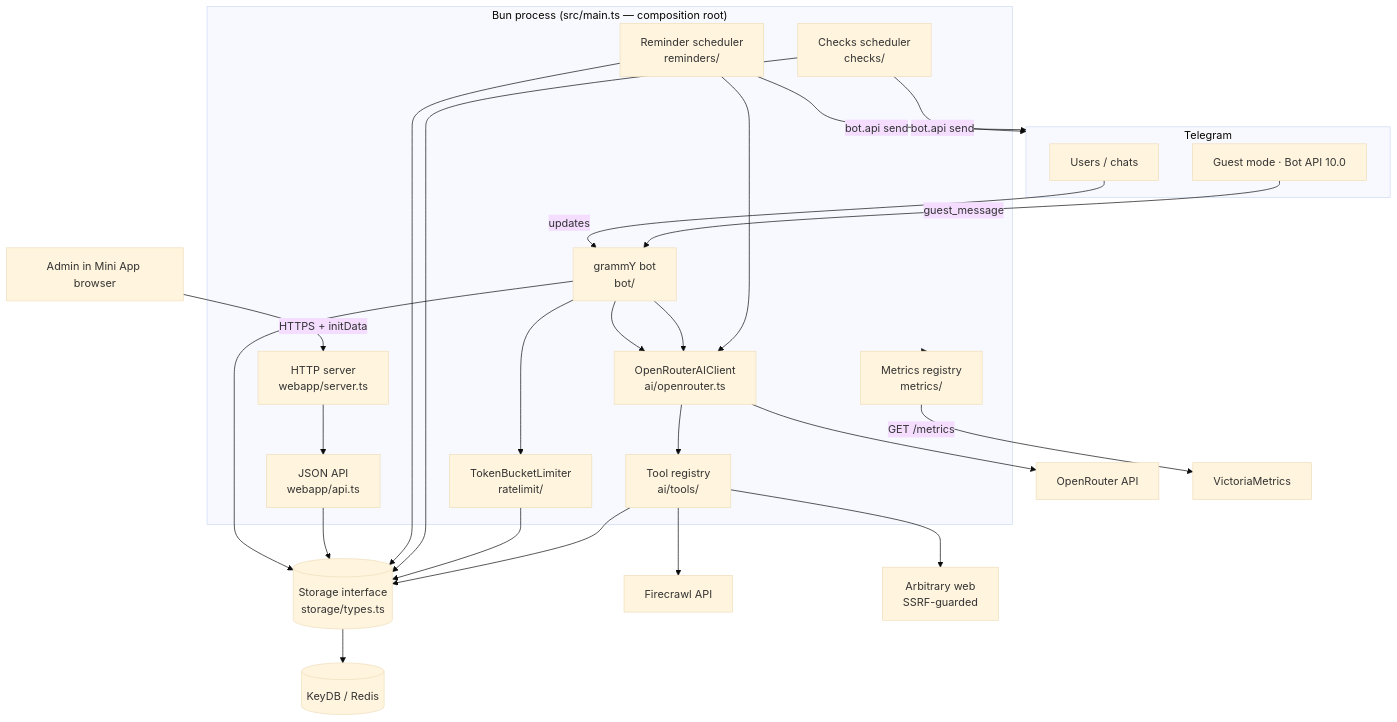
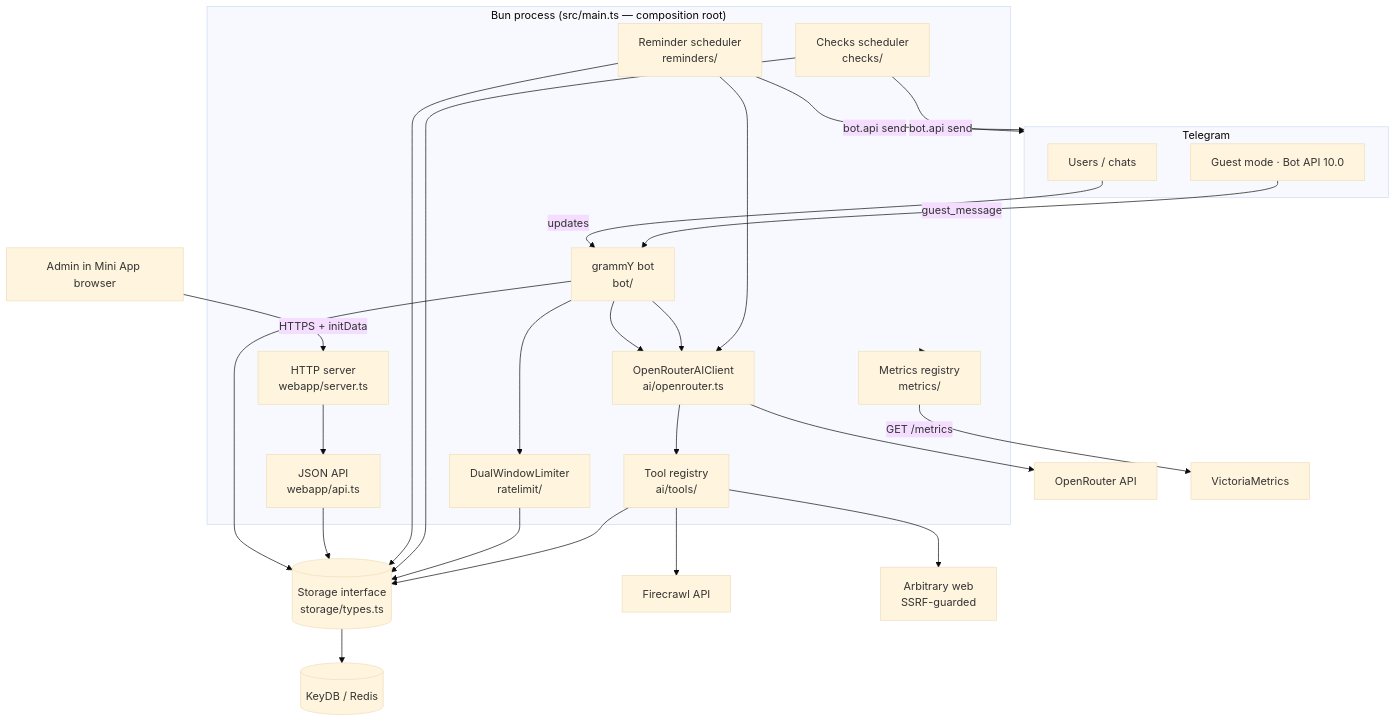
The first of 3 diagrams in docs/ARCHITECTURE.md (The-Fisher-Slopworks-Co/any_talker), drawn with Mermaid (base theme) before and after one commit. The commit also changed other lines of this file and 32 other files, not shown here.

````diff
--- a/docs/ARCHITECTURE.md
+++ b/docs/ARCHITECTURE.md
@@ -63,51 +63,51 @@
 ```mermaid
 flowchart TB
     subgraph TG[Telegram]
         U[Users / chats]
         GM[Guest mode · Bot API 10.0]
     end
     Admin[Admin in Mini App browser]
 
     subgraph Proc["Bun process (src/main.ts — composition root)"]
         Bot[grammY bot<br/>bot/]
         HTTP[HTTP server<br/>webapp/server.ts]
         RS[Reminder scheduler<br/>reminders/]
         CS[Checks scheduler<br/>checks/]
         AI[OpenRouterAIClient<br/>ai/openrouter.ts]
         Tools[Tool registry<br/>ai/tools/]
-        RL[TokenBucketLimiter<br/>ratelimit/]
+        RL[DualWindowLimiter<br/>ratelimit/]
         API[JSON API<br/>webapp/api.ts]
         Metrics[Metrics registry<br/>metrics/]
     end
 
     Store[(Storage interface<br/>storage/types.ts)]
     KeyDB[(KeyDB / Redis)]
 
     OR[OpenRouter API]
     FC[Firecrawl API]
     WEB[Arbitrary web<br/>SSRF-guarded]
 
     U -->|updates| Bot
     GM -->|guest_message| Bot
     Admin -->|HTTPS + initData| HTTP --> API
     Bot --> AI --> OR
     AI --> Tools
     Tools --> FC
     Tools --> WEB
     Bot --> RL
     Bot --> AI
     RS -->|bot.api send| TG
     CS -->|bot.api send| TG
     RS --> AI
 
     Bot --> Store
     API --> Store
     RS --> Store
     CS --> Store
     RL --> Store
     Tools --> Store
     Store --> KeyDB
 
     Proc --> Metrics
     Metrics -->|GET /metrics| VM[VictoriaMetrics]
 ```
````
